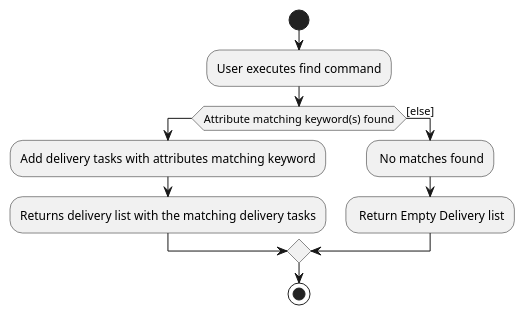
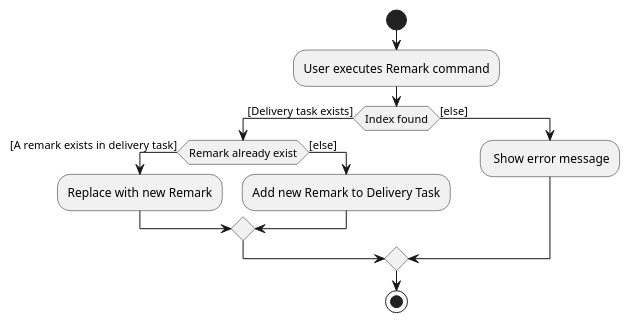
The diagram in docs/diagrams/RemarkCommandActivityDiagram.puml (nus-cs2103-AY2021S2/tp), drawn with PlantUML before and after one commit. The commit also changed 2 other files, not shown here.

Commit message:
Create UML diagram for Remark

```diff
--- a/docs/diagrams/RemarkCommandActivityDiagram.puml
+++ b/docs/diagrams/RemarkCommandActivityDiagram.puml
@@ -1,16 +1,18 @@
 @startuml
 start
-:User executes find command;
+:User executes Remark command;
 
 'Since the beta syntax does not support placing the condition outside the
 'diamond we place it as the true branch instead.
 
-if (Attribute matching keyword(s) found)
-    :Add delivery tasks with attributes matching keyword;
-    :Returns delivery list with the matching delivery tasks;
+if (Index found) then ([Delivery task exists])
+    if (Remark already exist) then ([A remark exists in delivery task])
+        :Replace with new Remark;
+    else ([else])
+        :Add new Remark to Delivery Task;
+    endif
 else ([else])
-    : No matches found;
-    : Return Empty Delivery list;
+    : Show error message;
 endif
 stop
 @enduml
```
